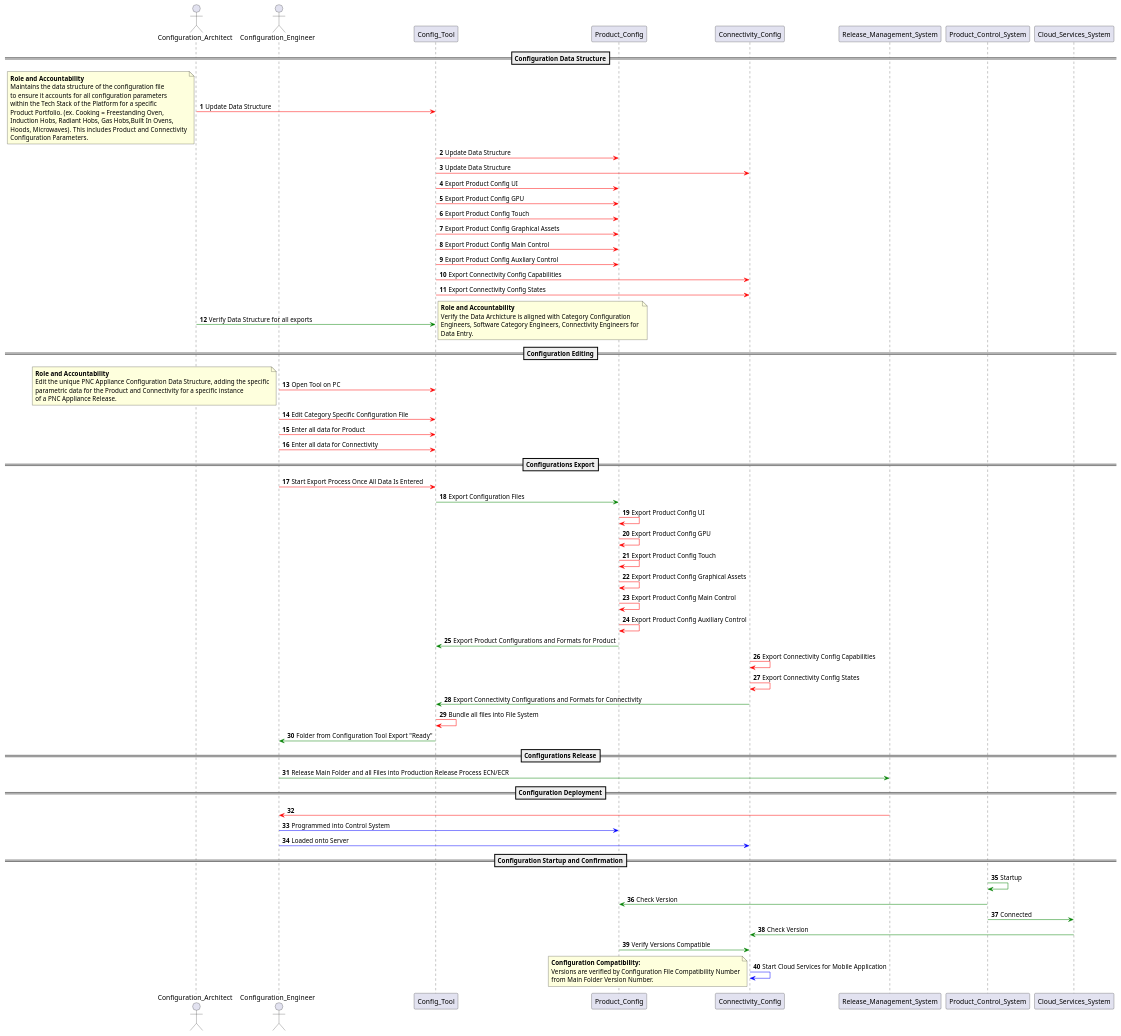
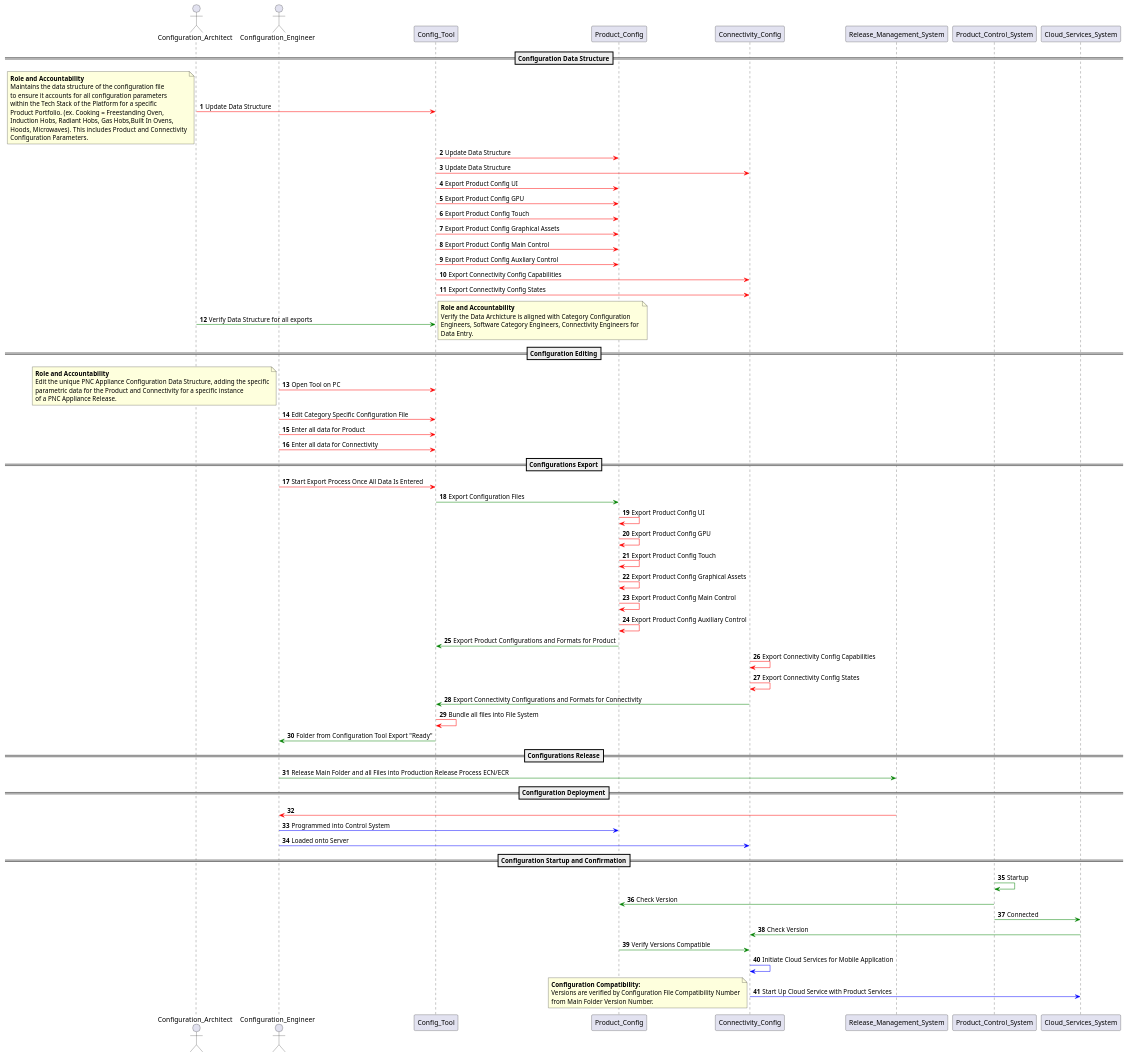
Before and after one commit to wjelston/wallaceelston.github.io: the diagram in configurations_and_capabilities/document_formats/config_process.wsd, drawn with PlantUML. The commit also changed 1 other file, not shown here.

Commit message:
Updated Sequence Diagram

```diff
--- a/configurations_and_capabilities/document_formats/config_process.wsd
+++ b/configurations_and_capabilities/document_formats/config_process.wsd
@@ -1,96 +1,97 @@
 @startuml configuration_process
 
 
     autonumber
     actor Configuration_Architect
     actor Configuration_Engineer
 
     ==Configuration Data Structure==
 
     Configuration_Architect -[#red]> Config_Tool : Update Data Structure
     note left 
     **Role and Accountability**
     Maintains the data structure of the configuration file
     to ensure it accounts for all configuration parameters 
     within the Tech Stack of the Platform for a specific 
     Product Portfolio. (ex. Cooking = Freestanding Oven, 
     Induction Hobs, Radiant Hobs, Gas Hobs,Built In Ovens, 
     Hoods, Microwaves).  This includes Product and Connectivity
     Configuration Parameters.
     end note
 
     Config_Tool -[#red]> Product_Config : Update Data Structure
     Config_Tool -[#red]> Connectivity_Config : Update Data Structure
     Config_Tool -[#red]> Product_Config: Export Product Config UI
     Config_Tool -[#red]> Product_Config: Export Product Config GPU
     Config_Tool -[#red]> Product_Config: Export Product Config Touch
     Config_Tool -[#red]> Product_Config: Export Product Config Graphical Assets
     Config_Tool -[#red]> Product_Config: Export Product Config Main Control
     Config_Tool -[#red]> Product_Config: Export Product Config Auxliary Control
     Config_Tool -[#red]> Connectivity_Config: Export Connectivity Config Capabilities
     Config_Tool -[#red]> Connectivity_Config: Export Connectivity Config States
     Configuration_Architect -[#Green]> Config_Tool: Verify Data Structure for all exports
     note right
     **Role and Accountability**
     Verify the Data Archicture is aligned with Category Configuration
     Engineers, Software Category Engineers, Connectivity Engineers for 
     Data Entry.
     end note
 
     ==Configuration Editing==
 
     Configuration_Engineer -[#red]> Config_Tool : Open Tool on PC
     note left
     **Role and Accountability**
     Edit the unique PNC Appliance Configuration Data Structure, adding the specific
     parametric data for the Product and Connectivity for a specific instance
     of a PNC Appliance Release.
     end note
     Configuration_Engineer -[#red]> Config_Tool : Edit Category Specific Configuration File
     Configuration_Engineer -[#red]> Config_Tool : Enter all data for Product
     Configuration_Engineer -[#red]> Config_Tool : Enter all data for Connectivity
 
     ==Configurations Export==
 
     Configuration_Engineer -[#red]> Config_Tool : Start Export Process Once All Data Is Entered
     Config_Tool -[#Green]> Product_Config: Export Configuration Files
     Product_Config -[#red]> Product_Config: Export Product Config UI
     Product_Config -[#red]> Product_Config: Export Product Config GPU
     Product_Config -[#red]> Product_Config: Export Product Config Touch
     Product_Config -[#red]> Product_Config: Export Product Config Graphical Assets
     Product_Config -[#red]> Product_Config: Export Product Config Main Control
     Product_Config -[#red]> Product_Config: Export Product Config Auxiliary Control
     Product_Config -[#green]> Config_Tool: Export Product Configurations and Formats for Product
     Connectivity_Config -[#red]> Connectivity_Config: Export Connectivity Config Capabilities
     Connectivity_Config -[#red]> Connectivity_Config: Export Connectivity Config States
     Connectivity_Config -[#green]> Config_Tool: Export Connectivity Configurations and Formats for Connectivity
     Config_Tool -[#red]> Config_Tool: Bundle all files into File System
     Config_Tool -[#Green]> Configuration_Engineer: Folder from Configuration Tool Export "Ready"
     
     ==Configurations Release==
     
     Configuration_Engineer -[#Green]> Release_Management_System: Release Main Folder and all Files into Production Release Process ECN/ECR
     
     ==Configuration Deployment==
 
     Release_Management_System -[#red]> Configuration_Engineer
     Configuration_Engineer -[#blue]> Product_Config: Programmed into Control System
     Configuration_Engineer -[#blue]> Connectivity_Config: Loaded onto Server
 
     ==Configuration Startup and Confirmation==
 
     Product_Control_System -[#Green]> Product_Control_System: Startup
     Product_Control_System -[#Green]> Product_Config: Check Version
     Product_Control_System -[#Green]> Cloud_Services_System: Connected
     Cloud_Services_System -[#Green]> Connectivity_Config: Check Version 
     Product_Config -[#Green]> Connectivity_Config: Verify Versions Compatible
-    Connectivity_Config -[#blue]> Connectivity_Config: Start Cloud Services for Mobile Application
+    Connectivity_Config -[#blue]> Connectivity_Config: Initiate Cloud Services for Mobile Application
+    Connectivity_Config -[#Blue]> Cloud_Services_System: Start Up Cloud Service with Product Services
 
 
     note left 
     **Configuration Compatibility:**
     Versions are verified by Configuration File Compatibility Number
     from Main Folder Version Number.
     end note
     
 @enduml
```
